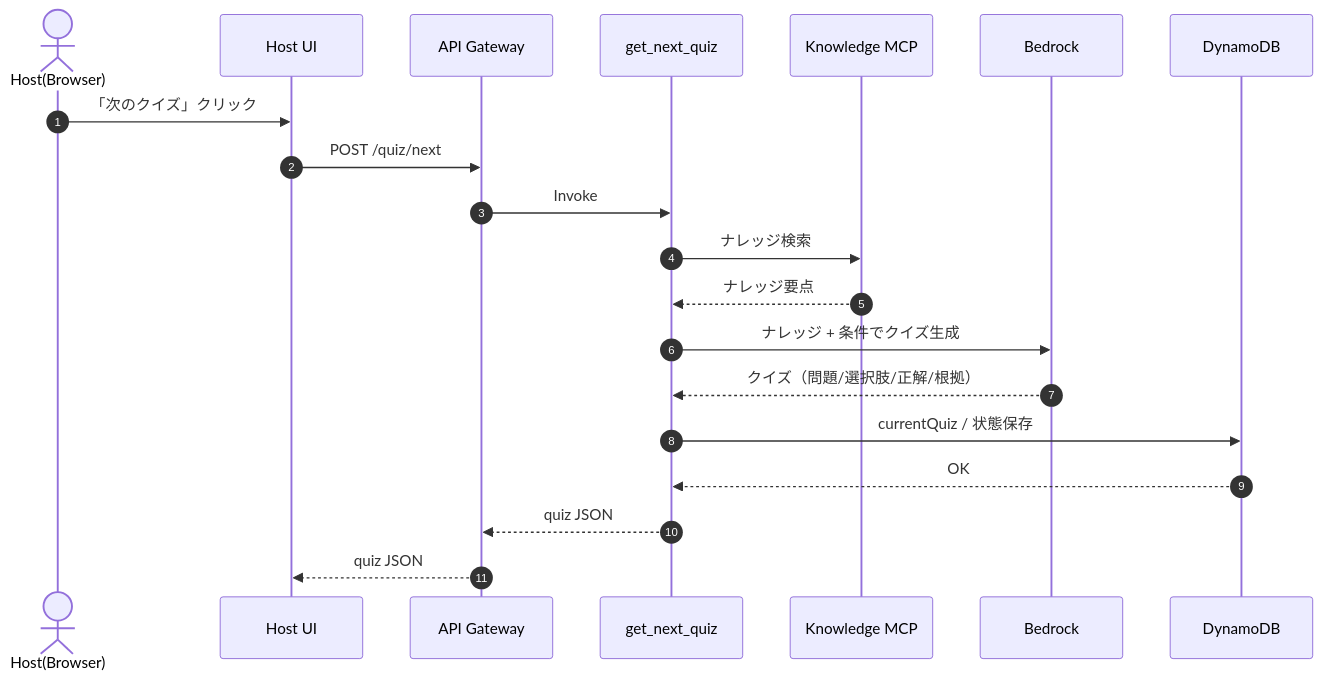
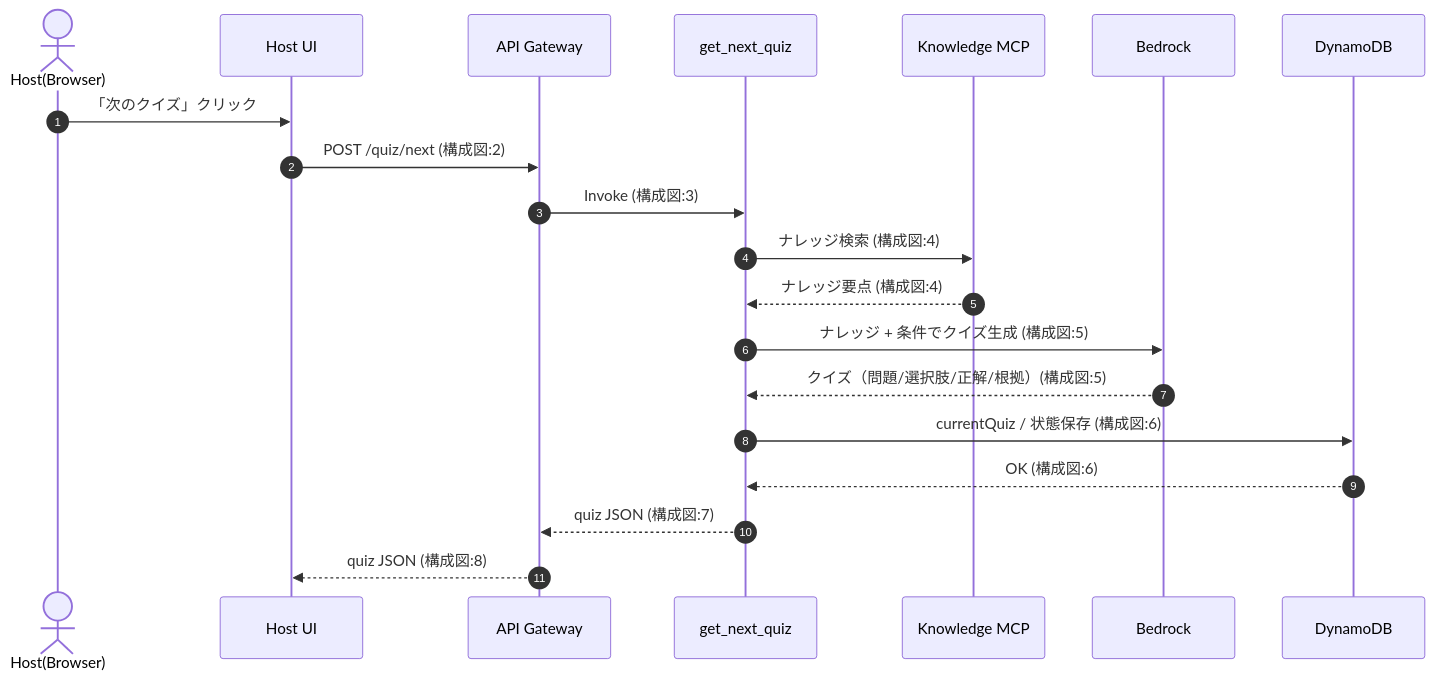
Before and after one commit to hatanoyoshihiko/aws_knowledge_quiz: the fourth of 6 diagrams in README.md, drawn with Mermaid. The commit also changed other lines of this file, not shown here.

````diff
--- a/README.md
+++ b/README.md
@@ -204,27 +204,27 @@
 ```mermaid
 sequenceDiagram
   autonumber
   actor Host as Host(Browser)
   participant FEH as Host UI
   participant GW as API Gateway
   participant NQ as get_next_quiz
   participant MCP as Knowledge MCP
   participant BR as Bedrock
   participant DB as DynamoDB
 
   Host->>FEH: 「次のクイズ」クリック
-  FEH->>GW: POST /quiz/next
-  GW->>NQ: Invoke
+  FEH->>GW: POST /quiz/next (構成図:2)
+  GW->>NQ: Invoke (構成図:3)
 
-  NQ->>MCP: ナレッジ検索
-  MCP-->>NQ: ナレッジ要点
+  NQ->>MCP: ナレッジ検索 (構成図:4)
+  MCP-->>NQ: ナレッジ要点 (構成図:4)
 
-  NQ->>BR: ナレッジ + 条件でクイズ生成
-  BR-->>NQ: クイズ（問題/選択肢/正解/根拠）
+  NQ->>BR: ナレッジ + 条件でクイズ生成 (構成図:5)
+  BR-->>NQ: クイズ（問題/選択肢/正解/根拠）(構成図:5)
 
-  NQ->>DB: currentQuiz / 状態保存
-  DB-->>NQ: OK
+  NQ->>DB: currentQuiz / 状態保存 (構成図:6)
+  DB-->>NQ: OK (構成図:6)
 
-  NQ-->>GW: quiz JSON
-  GW-->>FEH: quiz JSON
+  NQ-->>GW: quiz JSON (構成図:7)
+  GW-->>FEH: quiz JSON (構成図:8)
 ```
````
